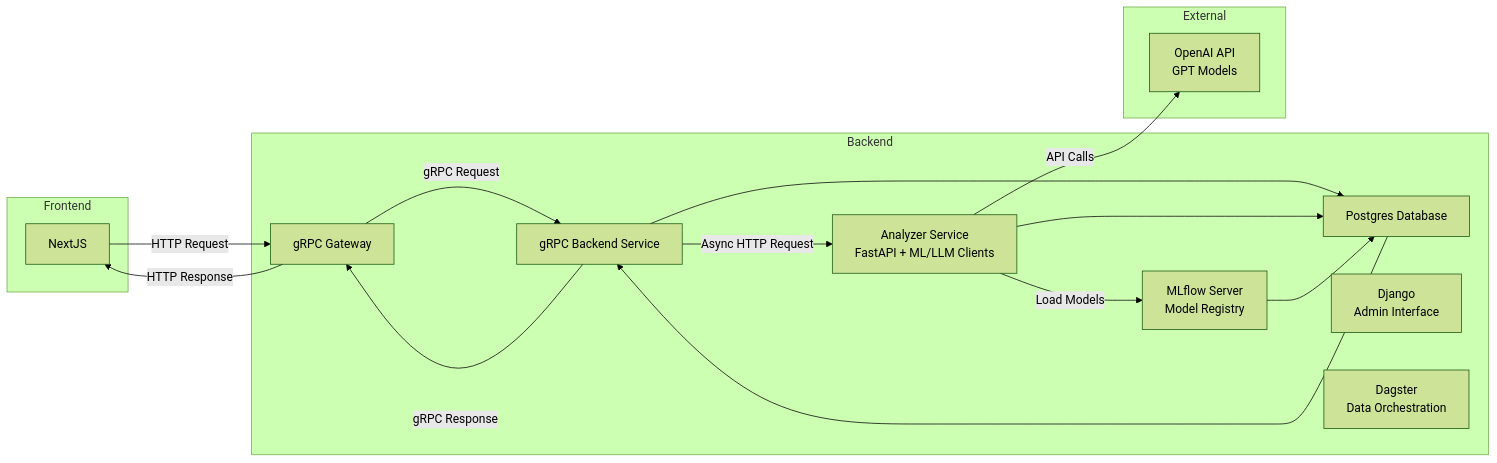
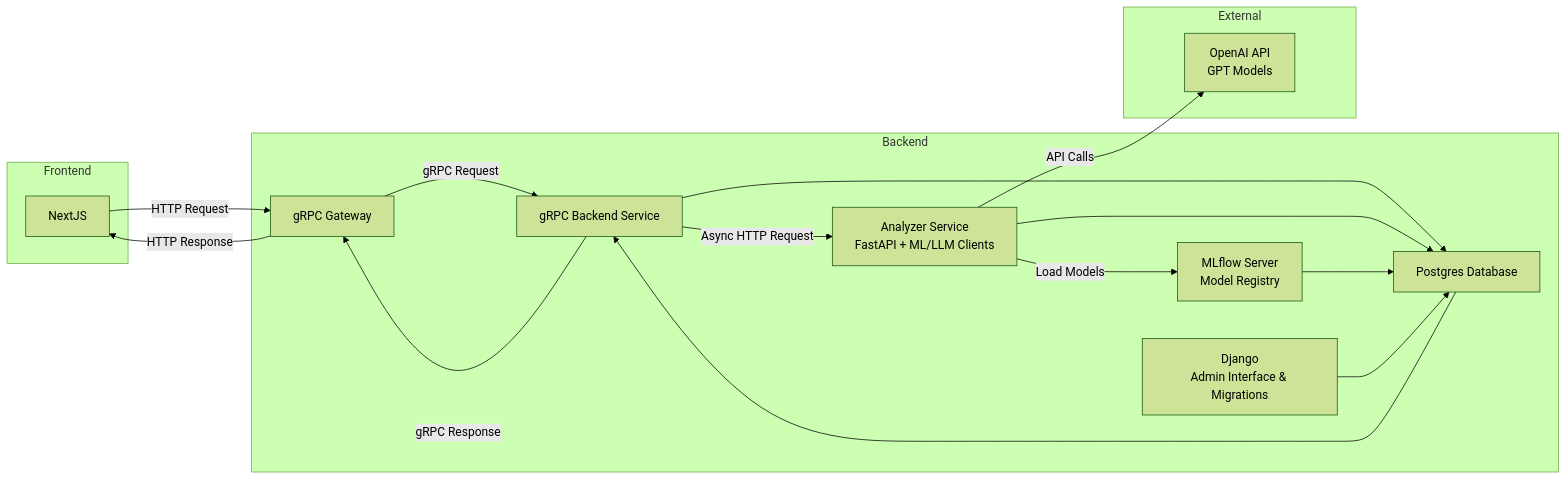
One commit to jyablonski/lotus changed the diagram in README.md. Above: the diagram before and after it, drawn with Mermaid (forest theme). The commit also changed other lines of this file and 15 other files, not shown here.

````diff
--- a/README.md
+++ b/README.md
@@ -39,33 +39,34 @@
 ```mermaid
 graph LR
     A[NextJS] -->|HTTP Request| B[Go gRPC Gateway]
     B -->|gRPC Request| C[gRPC Backend Service]
     C --> D[Postgres Database]
     D --> C
     C -->|gRPC Response| B
     B -->|HTTP Response| A
 
     C -->|Async HTTP Request| E[Analyzer Service]
     E -->|Load Models| F[MLflow Server]
     E --> D
     F --> D
     E -->|API Calls| G[OpenAI API]
 
+    H --> D
+
     subgraph Backend
         B[gRPC Gateway]
         C[gRPC Backend Service]
         D[Postgres Database]
         E[Analyzer Service<br/>FastAPI + ML/LLM Clients]
         F[MLflow Server<br/>Model Registry]
-        H[Django<br/>Admin Interface]
-        I[Dagster<br/>Data Orchestration]
+        H[Django<br/>Admin Interface & Migrations]
     end
 
     subgraph Frontend
         A
     end
 
     subgraph External
         G[OpenAI API<br/>GPT Models]
     end
 ```
````
